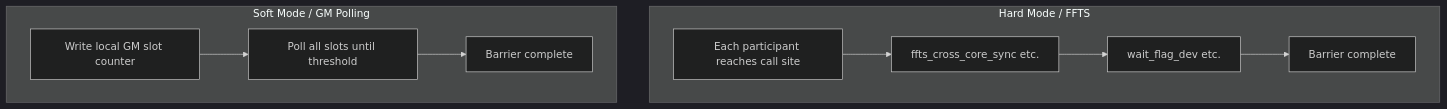
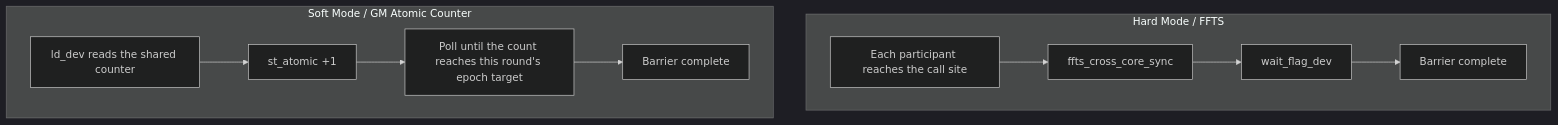
One commit to hw-native-sys/pto-isa changed the diagram in docs/isa/SYNCALL.md. Above: the diagram before and after it, drawn with Mermaid (dark theme). The commit also changed other lines of this file and 30 other files, not shown here.

First line of the commit message:
Extend atomic soft SYNCALL to AIC/MIX and drop UB/L1 API args.

````diff
--- a/docs/isa/SYNCALL.md
+++ b/docs/isa/SYNCALL.md
@@ -9,12 +7,13 @@
 ```mermaid
 flowchart TB
   subgraph hard [Hard Mode / FFTS]
-    H1[Each participant reaches call site] --> H2[ffts_cross_core_sync etc.]
-    H2 --> H3[wait_flag_dev etc.]
+    H1[Each participant reaches the call site] --> H2[ffts_cross_core_sync]
+    H2 --> H3[wait_flag_dev]
     H3 --> H4[Barrier complete]
   end
-  subgraph soft [Soft Mode / GM Polling]
-    S1[Write local GM slot counter] --> S2[Poll all slots until threshold]
-    S2 --> S3[Barrier complete]
+  subgraph soft [Soft Mode / GM Atomic Counter]
+    S1[ld_dev reads the shared counter] --> S2[st_atomic +1]
+    S2 --> S3[Poll until the count reaches this round's epoch target]
+    S3 --> S4[Barrier complete]
   end
 ```
````
